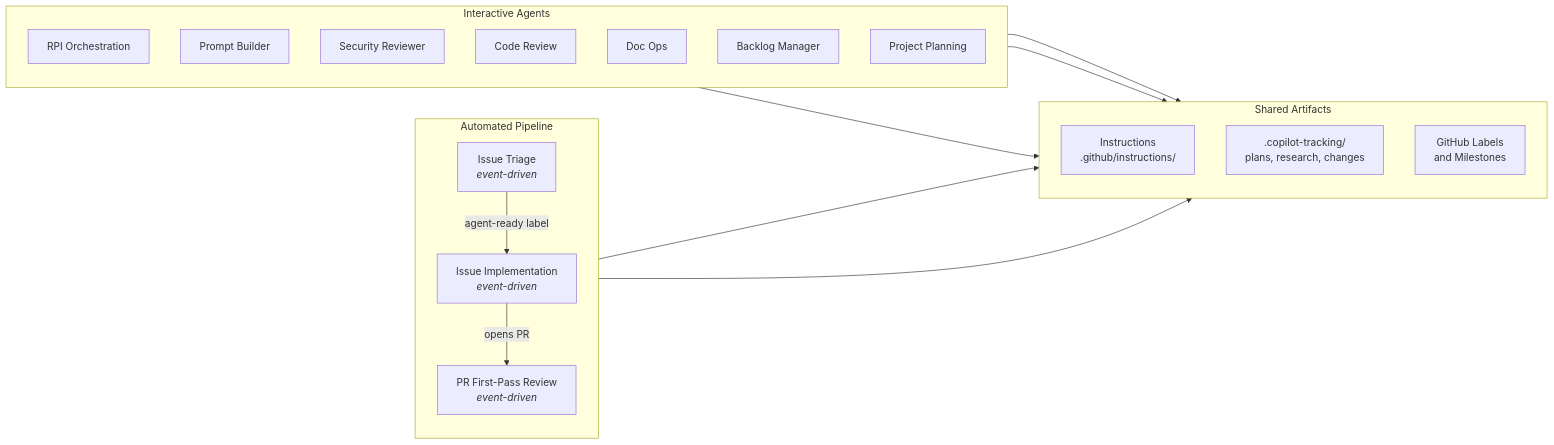
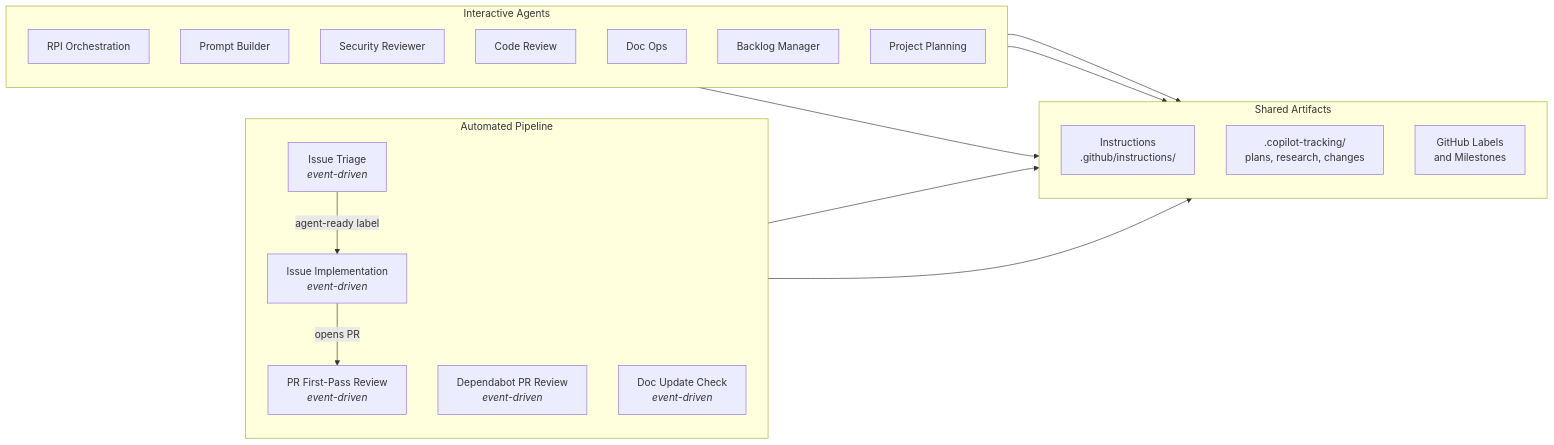
Before and after one commit to microsoft/hve-core: the third of 3 diagrams in docs/architecture/agentic-workflows.md, drawn with Mermaid. The commit also changed other lines of this file and 8 other files, not shown here.

First line of the commit message:
feat(workflows): add Dependabot PR review workflow and remove old dependency review workflow

````diff
--- a/docs/architecture/agentic-workflows.md
+++ b/docs/architecture/agentic-workflows.md
@@ -224,35 +244,37 @@
 ```mermaid
 flowchart LR
     subgraph AUTOMATED["Automated Pipeline"]
         direction TB
         TRIAGE["Issue Triage<br/><i>event-driven</i>"]
         IMPL["Issue Implementation<br/><i>event-driven</i>"]
         REVIEW["PR First-Pass Review<br/><i>event-driven</i>"]
+        DEPBOT["Dependabot PR Review<br/><i>event-driven</i>"]
+        DOCCHK["Doc Update Check<br/><i>event-driven</i>"]
         TRIAGE -- "agent-ready label" --> IMPL
         IMPL -- "opens PR" --> REVIEW
     end
 
     subgraph INTERACTIVE["Interactive Agents"]
         direction TB
         RPI["RPI Orchestration"]
         PB["Prompt Builder"]
         SR["Security Reviewer"]
         CR["Code Review"]
         DOC["Doc Ops"]
         BM["Backlog Manager"]
         PP["Project Planning"]
     end
 
     subgraph ARTIFACTS["Shared Artifacts"]
         direction TB
         INST["Instructions<br/>.github/instructions/"]
         TRACK[".copilot-tracking/<br/>plans, research, changes"]
         LABELS["GitHub Labels<br/>and Milestones"]
     end
 
     AUTOMATED --> INST
     INTERACTIVE --> INST
     RPI --> TRACK
     BM --> LABELS
     TRIAGE --> LABELS
 ```
````
